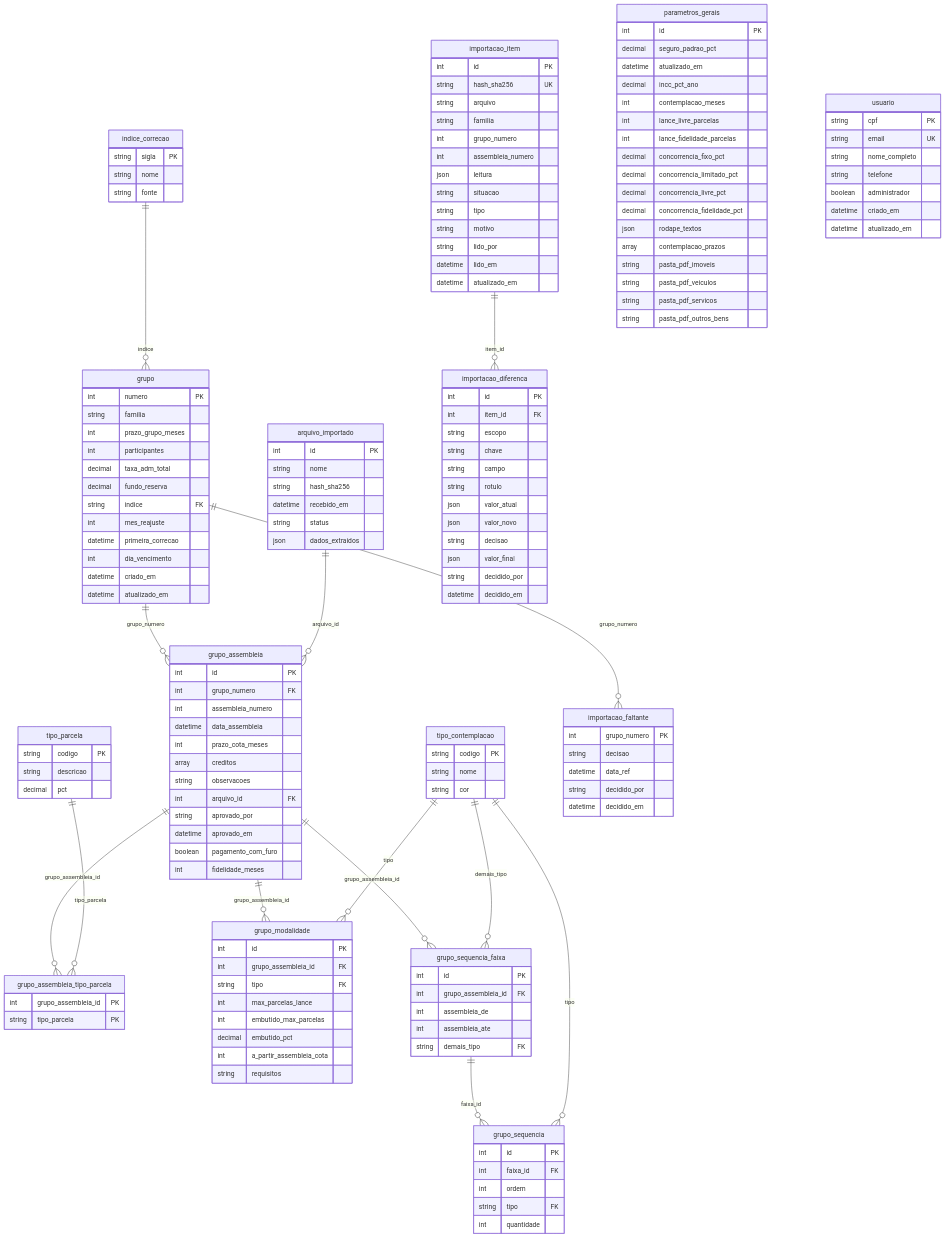
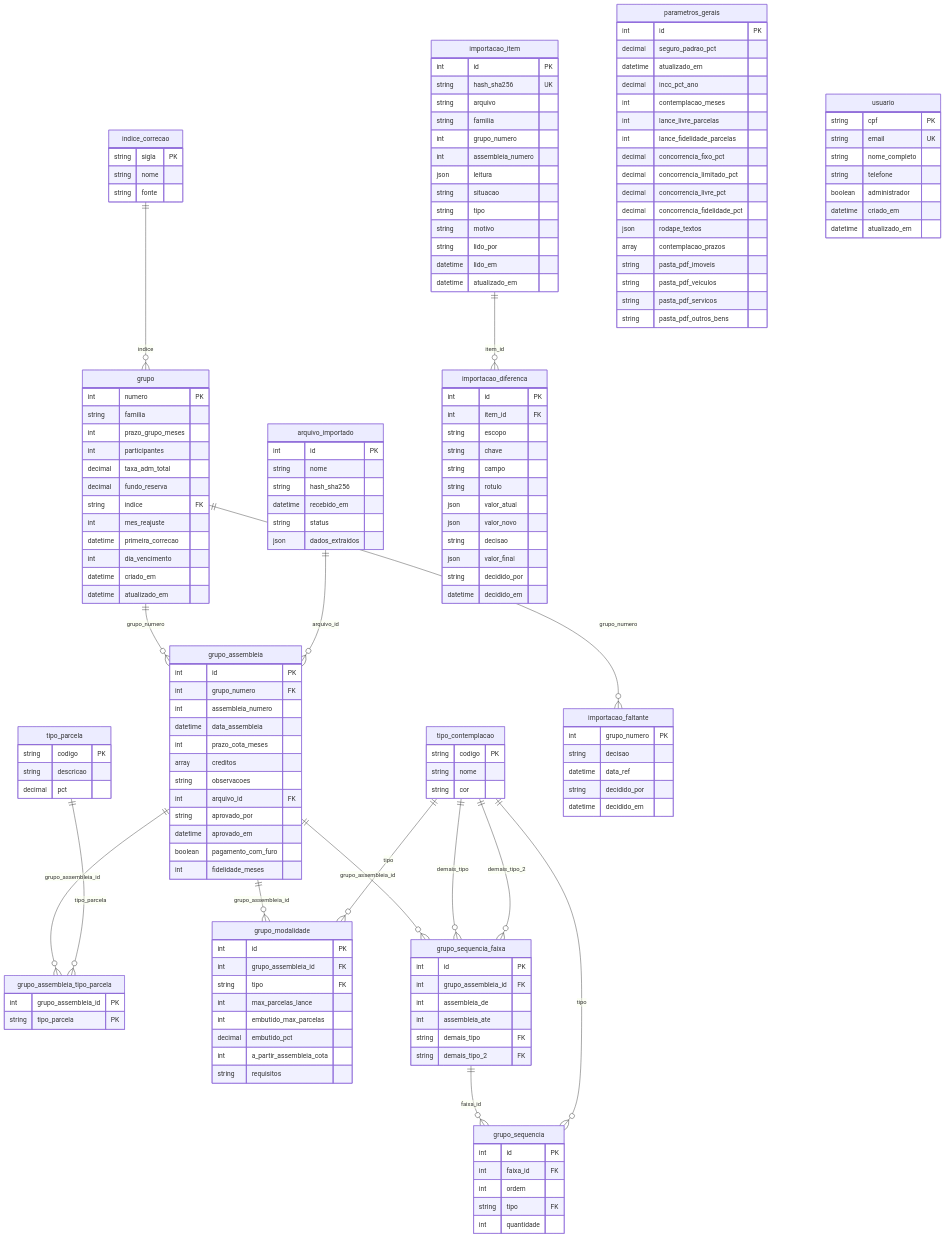
The diagram in docs/modelo-de-dados.md (vladimic/dinastia), drawn with Mermaid before and after one commit. The commit also changed other lines of this file and 19 other files, not shown here.

```diff
--- a/docs/modelo-de-dados.md
+++ b/docs/modelo-de-dados.md
@@ -21,6 +21,7 @@
   tipo_contemplacao ||--o{ grupo_modalidade : "tipo"
   grupo_assembleia ||--o{ grupo_sequencia_faixa : "grupo_assembleia_id"
   tipo_contemplacao ||--o{ grupo_sequencia_faixa : "demais_tipo"
+  tipo_contemplacao ||--o{ grupo_sequencia_faixa : "demais_tipo_2"
   grupo_sequencia_faixa ||--o{ grupo_sequencia : "faixa_id"
   tipo_contemplacao ||--o{ grupo_sequencia : "tipo"
   grupo ||--o{ importacao_faltante : "grupo_numero"
@@ -115,6 +116,7 @@
     int assembleia_de
     int assembleia_ate
     string demais_tipo FK
+    string demais_tipo_2 FK
   }
   grupo_sequencia {
     int id PK
```
